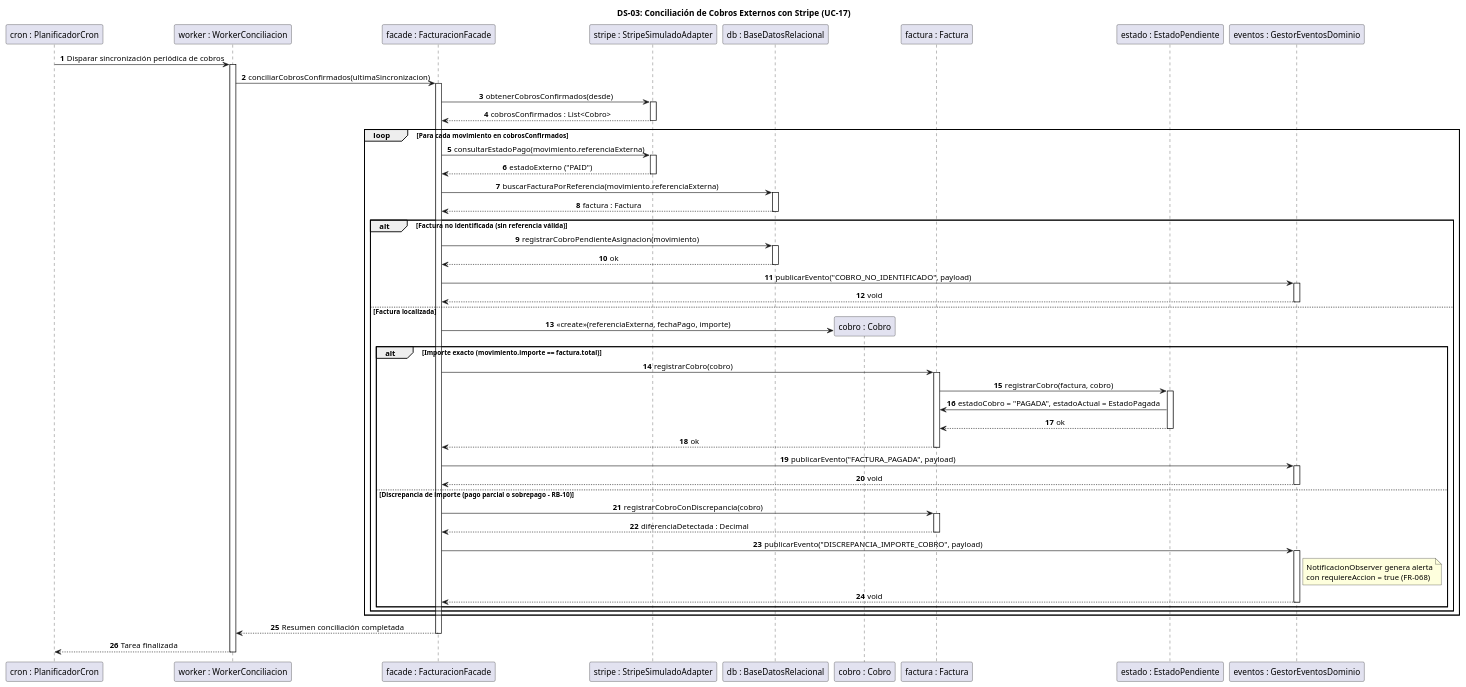
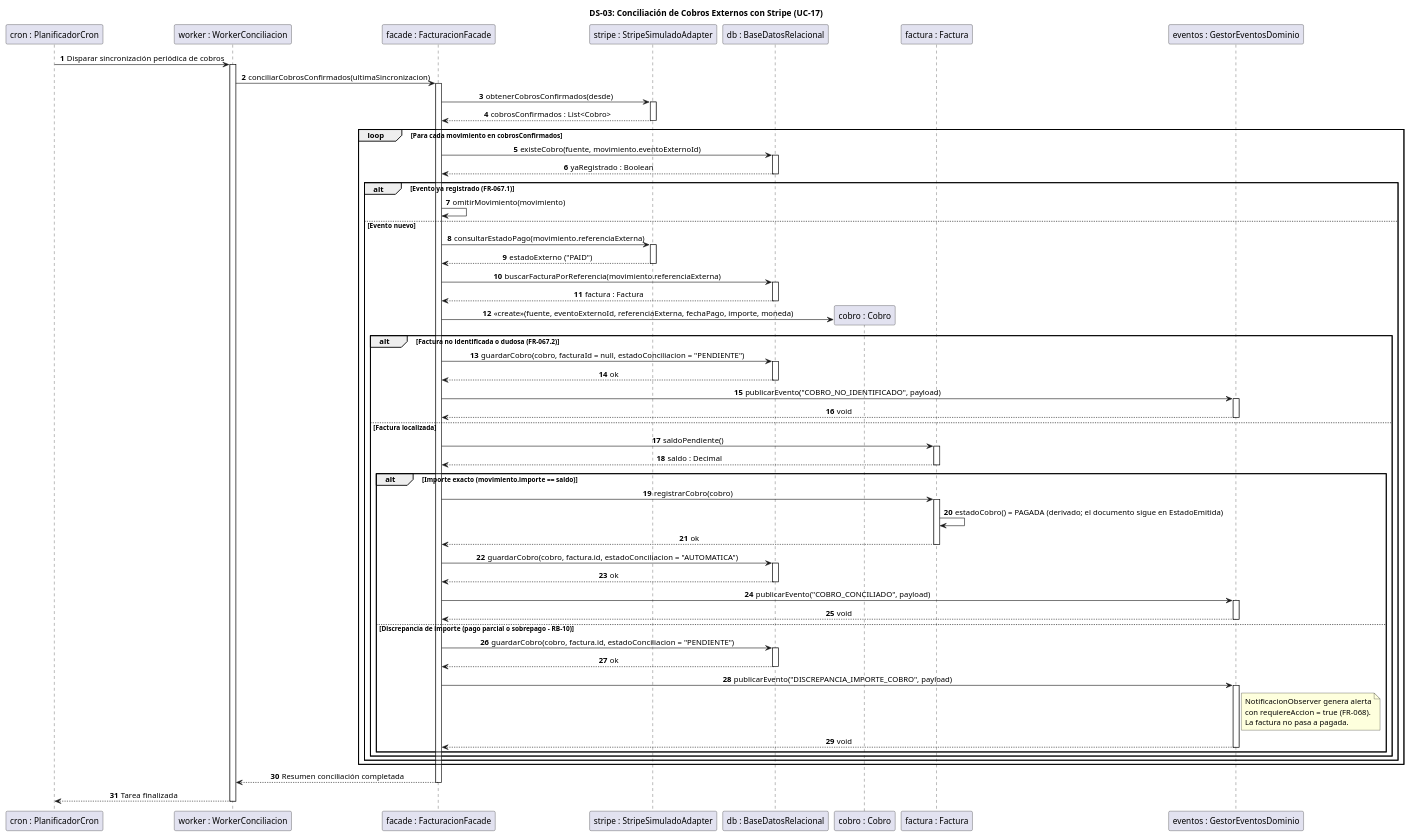
One commit to pablorv3/Hienitas-ADAP changed the diagram in doc/src/diagramas-secuencia/ds-03-conciliacion-cobros-stripe.pu. Above: the diagram before and after it, drawn with PlantUML. The commit also changed 6 other files, not shown here.

First line of the commit message:
Align sequence diagrams with document state and contact model

```diff
--- a/doc/src/diagramas-secuencia/ds-03-conciliacion-cobros-stripe.pu
+++ b/doc/src/diagramas-secuencia/ds-03-conciliacion-cobros-stripe.pu
@@ -1,89 +1,103 @@
 @startuml DS03_Conciliacion_Cobros_Stripe
     autonumber
     skinparam sequenceMessageAlign center
     skinparam responseMessageBelowArrow true
 
     title DS-03: Conciliación de Cobros Externos con Stripe (UC-17)
 
     participant "cron : PlanificadorCron" as Cron
     participant "worker : WorkerConciliacion" as Worker
     participant "facade : FacturacionFacade" as Facade
     participant "stripe : StripeSimuladoAdapter" as Stripe
     participant "db : BaseDatosRelacional" as DB
     participant "cobro : Cobro" as Cobro
     participant "factura : Factura" as Fac
-    participant "estado : EstadoPendiente" as EstPend
     participant "eventos : GestorEventosDominio" as Eventos
 
     Cron -> Worker : Disparar sincronización periódica de cobros
     activate Worker
 
     Worker -> Facade : conciliarCobrosConfirmados(ultimaSincronizacion)
     activate Facade
 
     Facade -> Stripe : obtenerCobrosConfirmados(desde)
     activate Stripe
     Stripe --> Facade : cobrosConfirmados : List<Cobro>
     deactivate Stripe
 
     loop Para cada movimiento en cobrosConfirmados
+        Facade -> DB : existeCobro(fuente, movimiento.eventoExternoId)
+        activate DB
+        DB --> Facade : yaRegistrado : Boolean
+        deactivate DB
+
+        alt Evento ya registrado (FR-067.1)
+            Facade -> Facade : omitirMovimiento(movimiento)
+        else Evento nuevo
         Facade -> Stripe : consultarEstadoPago(movimiento.referenciaExterna)
         activate Stripe
         Stripe --> Facade : estadoExterno ("PAID")
         deactivate Stripe
 
         Facade -> DB : buscarFacturaPorReferencia(movimiento.referenciaExterna)
         activate DB
         DB --> Facade : factura : Factura
         deactivate DB
 
-        alt Factura no identificada (sin referencia válida)
-            Facade -> DB : registrarCobroPendienteAsignacion(movimiento)
+        create Cobro
+        Facade -> Cobro : <<create>>(fuente, eventoExternoId, referenciaExterna, fechaPago, importe, moneda)
+
+        alt Factura no identificada o dudosa (FR-067.2)
+            Facade -> DB : guardarCobro(cobro, facturaId = null, estadoConciliacion = "PENDIENTE")
             activate DB
             DB --> Facade : ok
             deactivate DB
 
             Facade -> Eventos : publicarEvento("COBRO_NO_IDENTIFICADO", payload)
             activate Eventos
             Eventos --> Facade : void
             deactivate Eventos
         else Factura localizada
-            create Cobro
-            Facade -> Cobro : <<create>>(referenciaExterna, fechaPago, importe)
+            Facade -> Fac : saldoPendiente()
+            activate Fac
+            Fac --> Facade : saldo : Decimal
+            deactivate Fac
 
-            alt Importe exacto (movimiento.importe == factura.total)
+            alt Importe exacto (movimiento.importe == saldo)
                 Facade -> Fac : registrarCobro(cobro)
                 activate Fac
-                Fac -> EstPend : registrarCobro(factura, cobro)
-                activate EstPend
-                EstPend -> Fac : estadoCobro = "PAGADA", estadoActual = EstadoPagada
-                EstPend --> Fac : ok
-                deactivate EstPend
+                Fac -> Fac : estadoCobro() = PAGADA (derivado; el documento sigue en EstadoEmitida)
                 Fac --> Facade : ok
                 deactivate Fac
 
-                Facade -> Eventos : publicarEvento("FACTURA_PAGADA", payload)
+                Facade -> DB : guardarCobro(cobro, factura.id, estadoConciliacion = "AUTOMATICA")
+                activate DB
+                DB --> Facade : ok
+                deactivate DB
+
+                Facade -> Eventos : publicarEvento("COBRO_CONCILIADO", payload)
                 activate Eventos
                 Eventos --> Facade : void
                 deactivate Eventos
             else Discrepancia de importe (pago parcial o sobrepago - RB-10)
-                Facade -> Fac : registrarCobroConDiscrepancia(cobro)
-                activate Fac
-                Fac --> Facade : diferenciaDetectada : Decimal
-                deactivate Fac
+                Facade -> DB : guardarCobro(cobro, factura.id, estadoConciliacion = "PENDIENTE")
+                activate DB
+                DB --> Facade : ok
+                deactivate DB
 
                 Facade -> Eventos : publicarEvento("DISCREPANCIA_IMPORTE_COBRO", payload)
                 activate Eventos
-                note right of Eventos: NotificacionObserver genera alerta\ncon requiereAccion = true (FR-068)
+                note right of Eventos: NotificacionObserver genera alerta\ncon requiereAccion = true (FR-068).\nLa factura no pasa a pagada.
                 Eventos --> Facade : void
                 deactivate Eventos
             end
+        end
         end
     end
 
     Facade --> Worker : Resumen conciliación completada
     deactivate Facade
 
     Worker --> Cron : Tarea finalizada
     deactivate Worker
 @enduml
```
